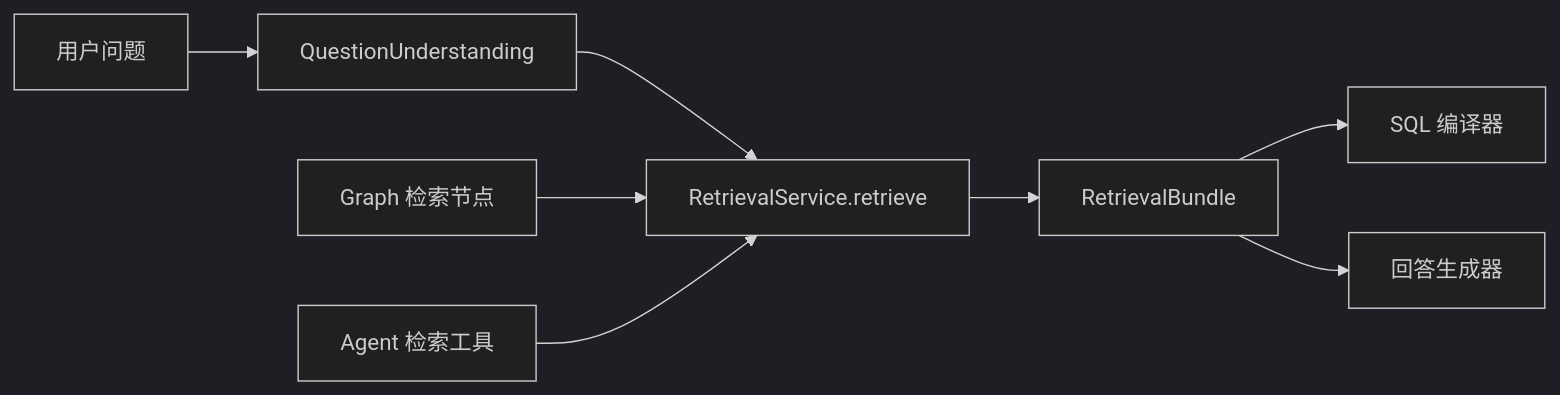
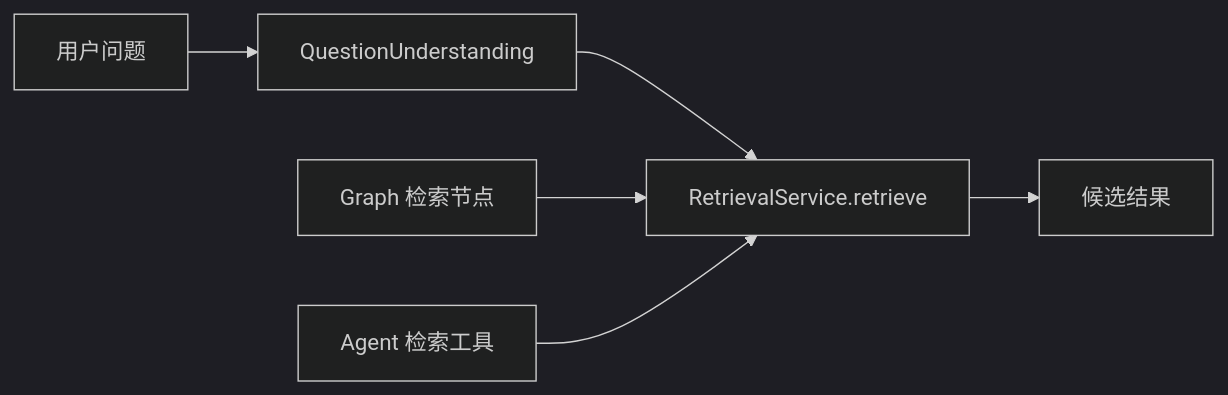
One commit to shihuaixuan/ChatBI-NEW changed the first of 4 diagrams in backend/apps/retrieval/PLATFORM_DESIGN.md. Above: the diagram before and after it, drawn with Mermaid (dark theme). The commit also changed other lines of this file and 39 other files, not shown here.

````diff
--- a/backend/apps/retrieval/PLATFORM_DESIGN.md
+++ b/backend/apps/retrieval/PLATFORM_DESIGN.md
@@ -205,10 +191,8 @@
 ```mermaid
 flowchart LR
     Q["用户问题"] --> U["QuestionUnderstanding"]
     U --> R["RetrievalService.retrieve"]
     G["Graph 检索节点"] --> R
     A["Agent 检索工具"] --> R
-    R --> P["RetrievalBundle"]
-    P --> C["SQL 编译器"]
-    P --> AN["回答生成器"]
+    R --> CAND["候选结果"]
 ```
````
